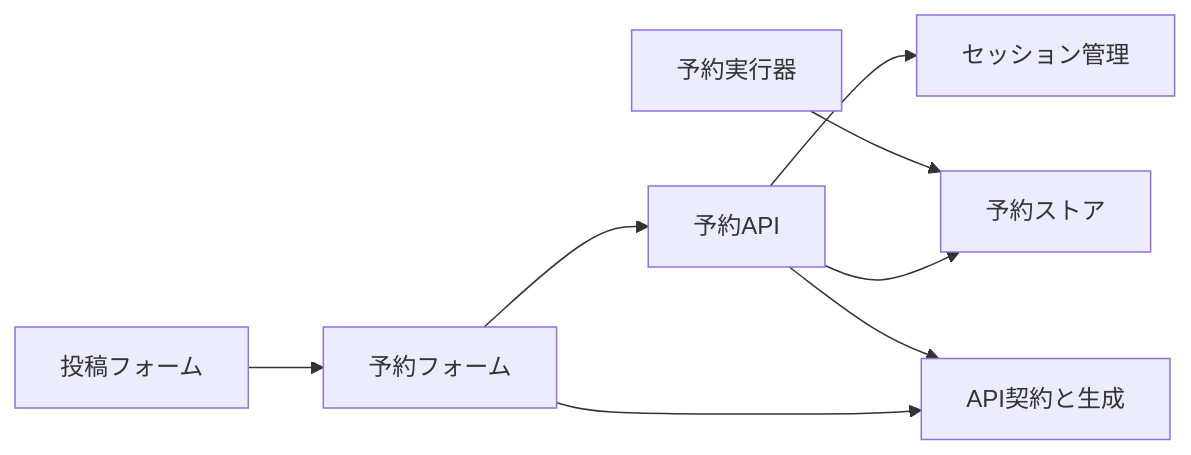
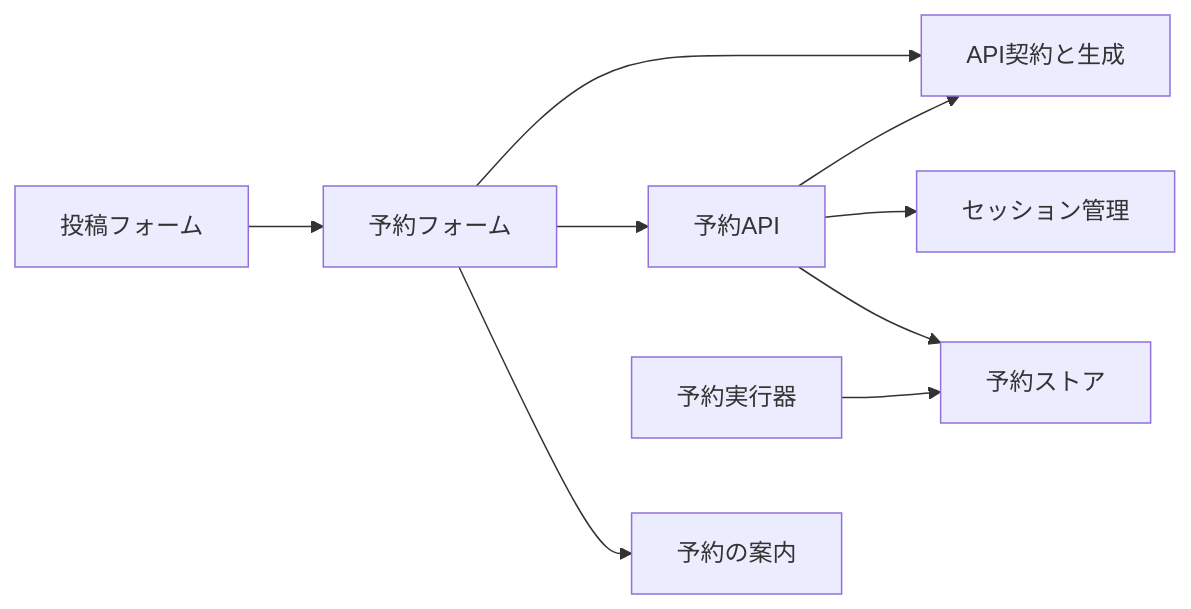
The first of 6 diagrams in docs/architecture/scheduled-post.md (nekono-dev/skyshare), drawn with Mermaid before and after one commit. The commit also changed other lines of this file and 88 other files, not shown here.

````diff
--- a/docs/architecture/scheduled-post.md
+++ b/docs/architecture/scheduled-post.md
@@ -28,10 +31,11 @@
 ```mermaid
 flowchart LR
   composer["投稿フォーム"] --> form["予約フォーム"]
+  form --> guide["予約の案内"]
   form --> api["予約API"]
   form --> contract["API契約と生成"]
   api --> store["予約ストア"]
   api --> session["セッション管理"]
   api --> contract
   runner["予約実行器"] --> store
 ```
````
